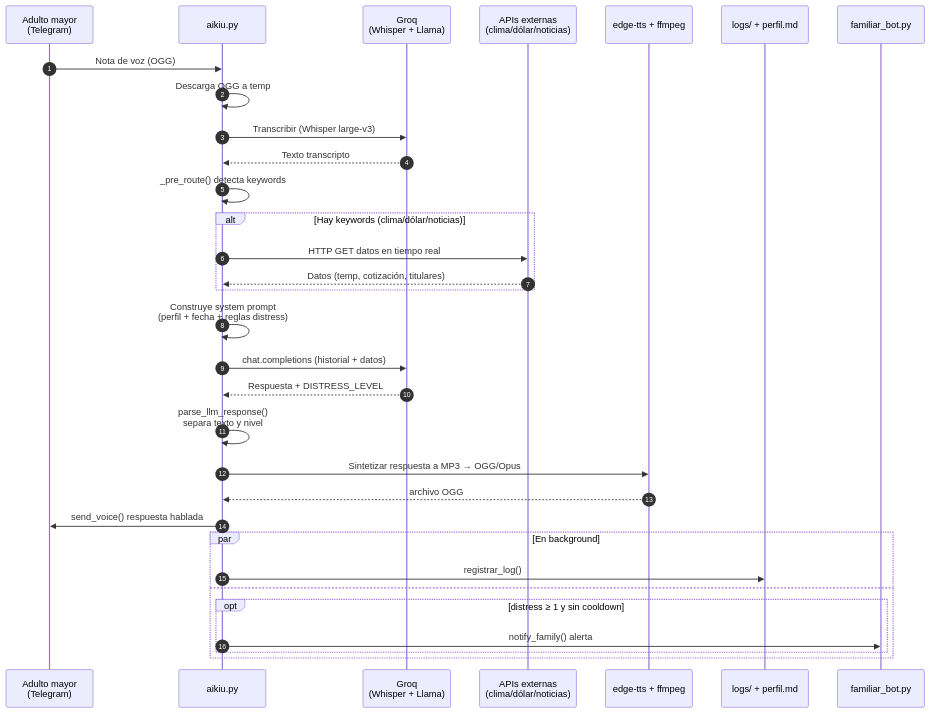
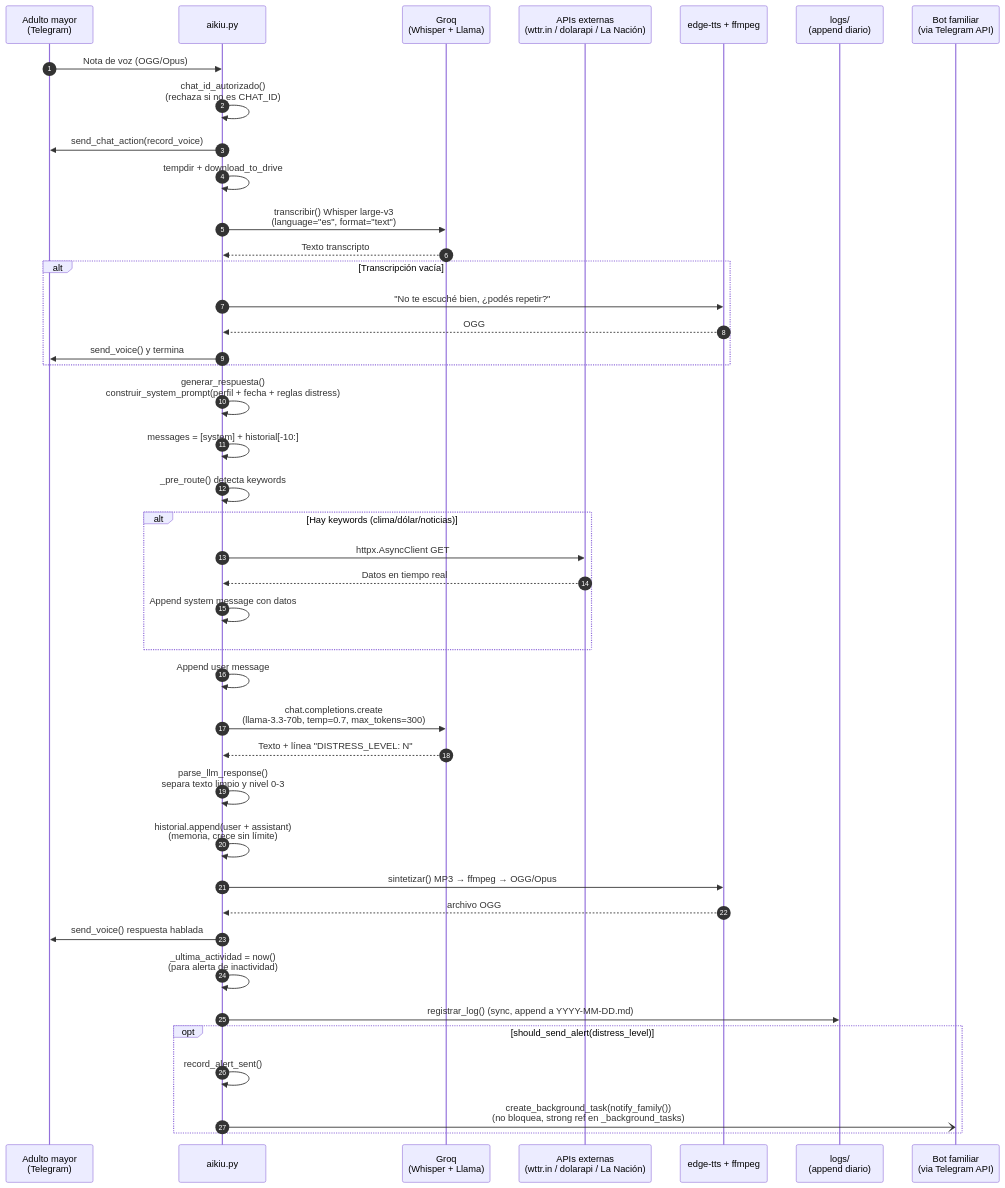
One commit to geermaanv/aikiu changed the second of 8 diagrams in README.md. Above: the diagram before and after it, drawn with Mermaid. The commit also changed other lines of this file, not shown here.

````diff
--- a/README.md
+++ b/README.md
@@ -133,41 +169,51 @@
 ```mermaid
 sequenceDiagram
     autonumber
     participant U as Adulto mayor<br/>(Telegram)
     participant A as aikiu.py
     participant G as Groq<br/>(Whisper + Llama)
-    participant E as APIs externas<br/>(clima/dólar/noticias)
+    participant E as APIs externas<br/>(wttr.in / dolarapi / La Nación)
     participant TTS as edge-tts + ffmpeg
-    participant L as logs/ + perfil.md
-    participant F as familiar_bot.py
+    participant L as logs/<br/>(append diario)
+    participant FBOT as Bot familiar<br/>(via Telegram API)
 
-    U->>A: Nota de voz (OGG)
-    A->>A: Descarga OGG a temp
-    A->>G: Transcribir (Whisper large-v3)
+    U->>A: Nota de voz (OGG/Opus)
+    A->>A: chat_id_autorizado()<br/>(rechaza si no es CHAT_ID)
+    A->>U: send_chat_action(record_voice)
+    A->>A: tempdir + download_to_drive
+    A->>G: transcribir() Whisper large-v3<br/>(language="es", format="text")
     G-->>A: Texto transcripto
 
+    alt Transcripción vacía
+        A->>TTS: "No te escuché bien, ¿podés repetir?"
+        TTS-->>A: OGG
+        A->>U: send_voice() y termina
+    end
+
+    A->>A: generar_respuesta()<br/>construir_system_prompt(perfil + fecha + reglas distress)
+    A->>A: messages = [system] + historial[-10:]
     A->>A: _pre_route() detecta keywords
     alt Hay keywords (clima/dólar/noticias)
-        A->>E: HTTP GET datos en tiempo real
-        E-->>A: Datos (temp, cotización, titulares)
+        A->>E: httpx.AsyncClient GET
+        E-->>A: Datos en tiempo real
+        A->>A: Append system message con datos
     end
+    A->>A: Append user message
+    A->>G: chat.completions.create<br/>(llama-3.3-70b, temp=0.7, max_tokens=300)
+    G-->>A: Texto + línea "DISTRESS_LEVEL: N"
 
-    A->>A: Construye system prompt<br/>(perfil + fecha + reglas distress)
-    A->>G: chat.completions (historial + datos)
-    G-->>A: Respuesta + DISTRESS_LEVEL
+    A->>A: parse_llm_response()<br/>separa texto limpio y nivel 0-3
+    A->>A: historial.append(user + assistant)<br/>(memoria, crece sin límite)
 
-    A->>A: parse_llm_response()<br/>separa texto y nivel
-
-    A->>TTS: Sintetizar respuesta a MP3 → OGG/Opus
+    A->>TTS: sintetizar() MP3 → ffmpeg → OGG/Opus
     TTS-->>A: archivo OGG
-
     A->>U: send_voice() respuesta hablada
 
-    par En background
-        A->>L: registrar_log()
-    and
-        opt distress ≥ 1 y sin cooldown
-            A->>F: notify_family() alerta
-        end
+    A->>A: _ultima_actividad = now()<br/>(para alerta de inactividad)
+    A->>L: registrar_log() (sync, append a YYYY-MM-DD.md)
+
+    opt should_send_alert(distress_level)
+        A->>A: record_alert_sent()
+        A-)FBOT: create_background_task(notify_family())<br/>(no bloquea, strong ref en _background_tasks)
     end
 ```
````
